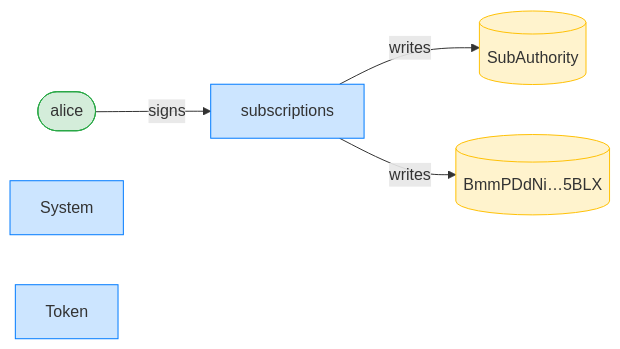
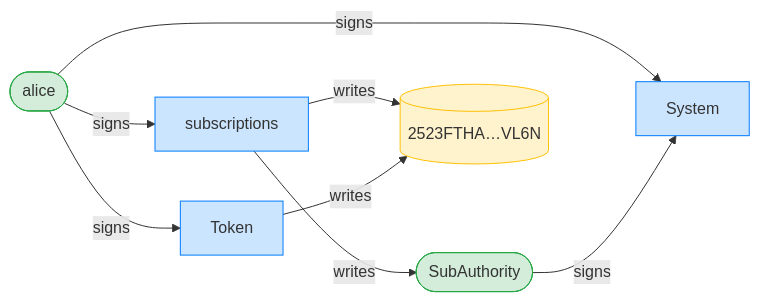
One commit to cds-rs/subscriptions changed the third of 28 diagrams in dsl_tests/recurring-transfer-after-a-token-revoke-is-refused-until-re-approved-for-the-max.md. Above: the diagram before and after it, drawn with Mermaid. The commit also changed other lines of this file and 224 other files, not shown here.

````diff
--- a/dsl_tests/recurring-transfer-after-a-token-revoke-is-refused-until-re-approved-for-the-max.md
+++ b/dsl_tests/recurring-transfer-after-a-token-revoke-is-refused-until-re-approved-for-the-max.md
@@ -55,15 +56,19 @@
 ```mermaid
 flowchart LR
     classDef signer fill:#d4edda,stroke:#28a745;
     classDef program fill:#cce5ff,stroke:#007bff;
     classDef writable fill:#fff3cd,stroke:#ffc107;
     subscriptions[subscriptions]:::program
     alice([alice]):::signer
-    SubAuthority[(SubAuthority)]:::writable
-    BmmPDdNi_5BLX[("BmmPDdNi…5BLX")]:::writable
+    SubAuthority([SubAuthority]):::signer
+    2523FTHA_VL6N[("2523FTHA…VL6N")]:::writable
     System[System]:::program
     Token[Token]:::program
     alice -->|signs| subscriptions
+    alice -->|signs| System
+    SubAuthority -->|signs| System
+    alice -->|signs| Token
     subscriptions -->|writes| SubAuthority
-    subscriptions -->|writes| BmmPDdNi_5BLX
+    subscriptions -->|writes| 2523FTHA_VL6N
+    Token -->|writes| 2523FTHA_VL6N
 ```
````
